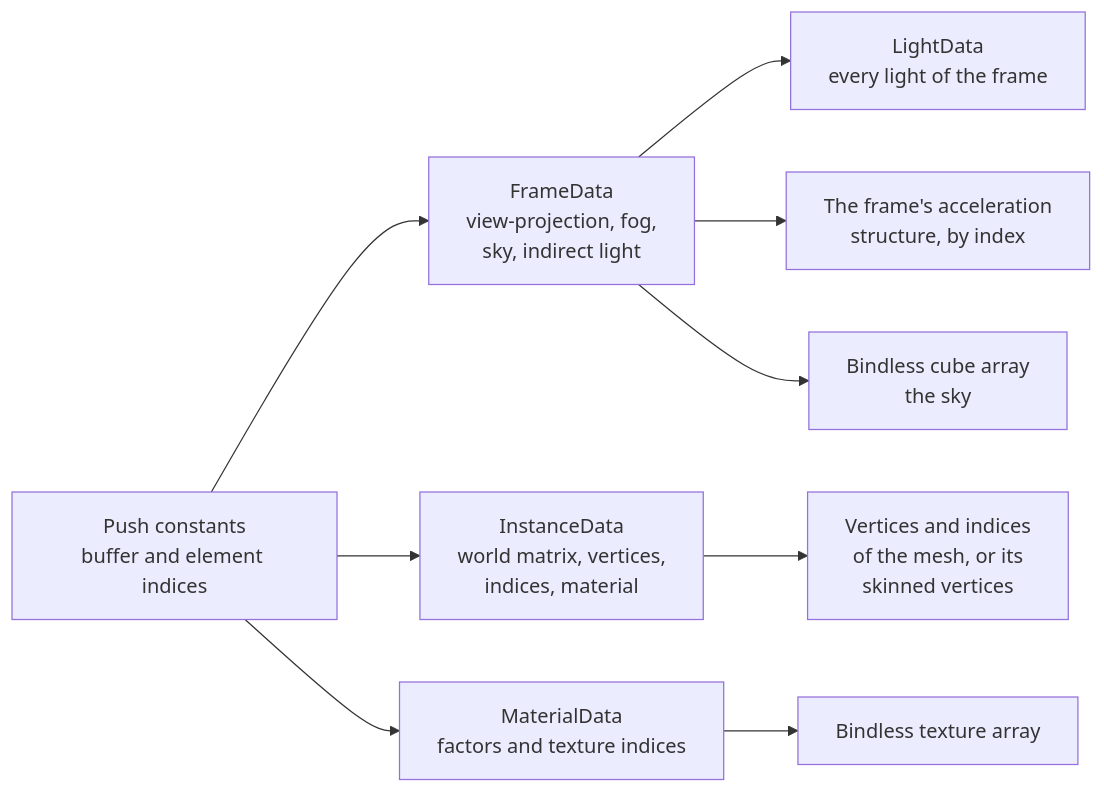
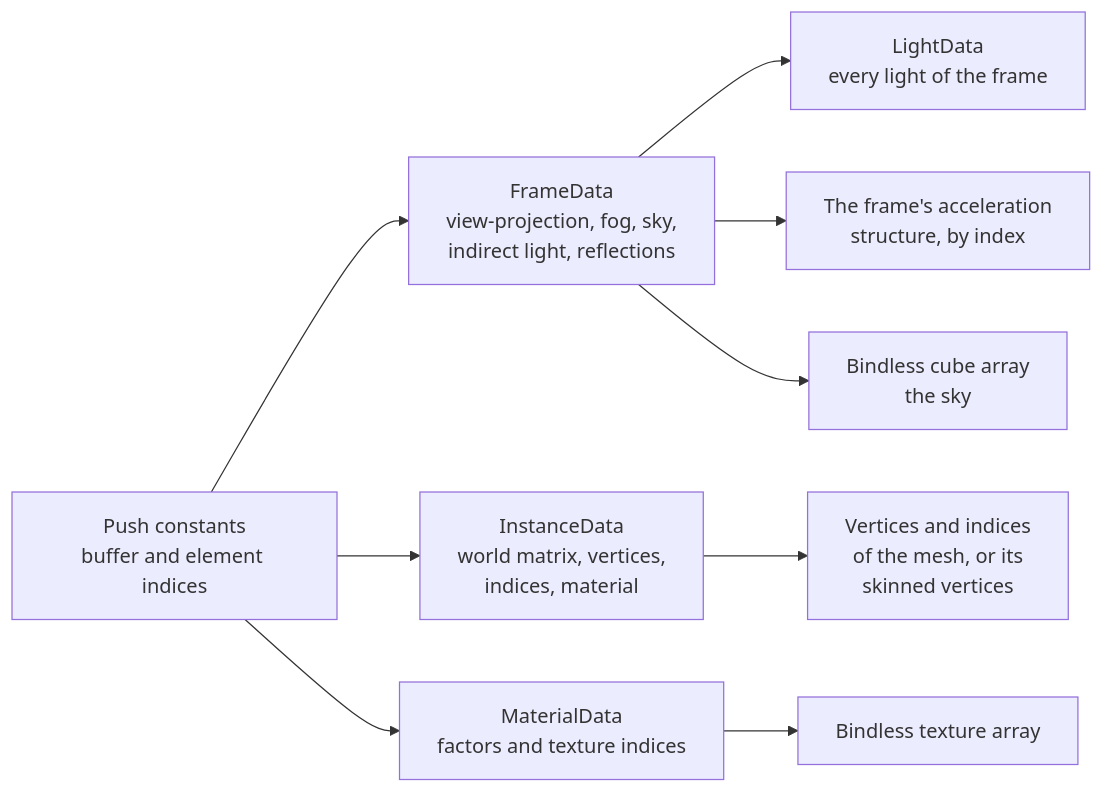
Before and after one commit to SBXdev3D/daidalos-engine-next: the seventh of 12 diagrams in docs/ARCHITECTURE.md, drawn with Mermaid. The commit also changed other lines of this file and 46 other files, not shown here.

````diff
--- a/docs/ARCHITECTURE.md
+++ b/docs/ARCHITECTURE.md
@@ -163,11 +165,11 @@
 ```mermaid
 flowchart LR
-    P["Push constants<br/>buffer and element indices"] --> FB["FrameData<br/>view-projection, fog,<br/>sky, indirect light"]
+    P["Push constants<br/>buffer and element indices"] --> FB["FrameData<br/>view-projection, fog, sky,<br/>indirect light, reflections"]
     FB --> LB["LightData<br/>every light of the frame"]
     P --> IB["InstanceData<br/>world matrix, vertices,<br/>indices, material"]
     IB --> VB["Vertices and indices<br/>of the mesh, or its<br/>skinned vertices"]
     P --> MB["MaterialData<br/>factors and texture indices"]
     MB --> T["Bindless texture array"]
     FB --> AS["The frame's acceleration<br/>structure, by index"]
     FB --> CT["Bindless cube array<br/>the sky"]
 ```
````
